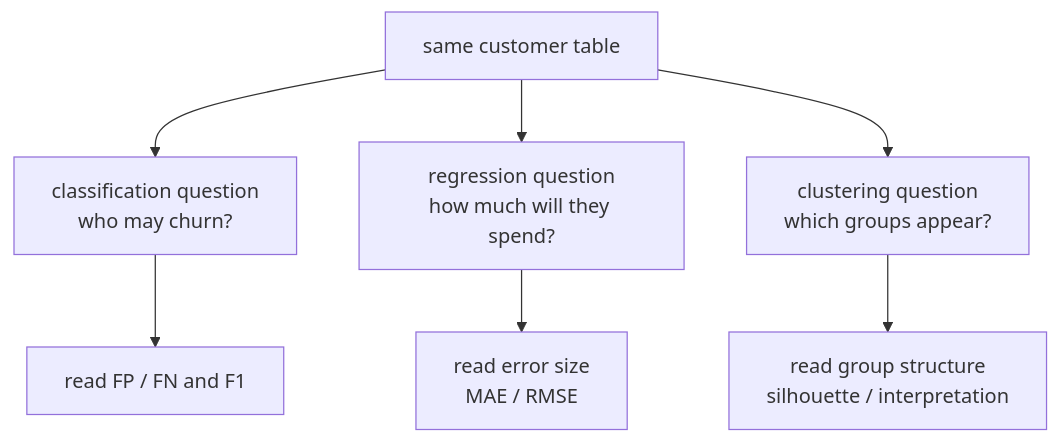
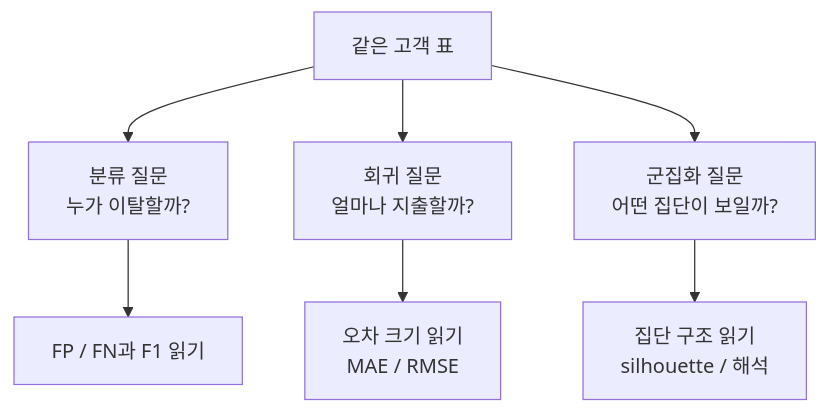
One commit to devchan64/AiBook changed the third of 3 diagrams in docs/parts/part-04/chapter-06/section-02.md. Above: the diagram before and after it, drawn with Mermaid. The commit also changed other lines of this file and 72 other files, not shown here.

````diff
--- a/docs/parts/part-04/chapter-06/section-02.md
+++ b/docs/parts/part-04/chapter-06/section-02.md
@@ -340,17 +340,17 @@
 ```mermaid
 flowchart TD
-  A["same customer table"]
-  B["classification question<br/>who may churn?"]
-  C["regression question<br/>how much will they spend?"]
-  D["clustering question<br/>which groups appear?"]
-  E["read FP / FN and F1"]
-  F["read error size<br/>MAE / RMSE"]
-  G["read group structure<br/>silhouette / interpretation"]
+  A["같은 고객 표"]
+  B["분류 질문<br/>누가 이탈할까?"]
+  C["회귀 질문<br/>얼마나 지출할까?"]
+  D["군집화 질문<br/>어떤 집단이 보일까?"]
+  E["FP / FN과 F1 읽기"]
+  F["오차 크기 읽기<br/>MAE / RMSE"]
+  G["집단 구조 읽기<br/>silhouette / 해석"]
 
   A --> B
   A --> C
   A --> D
   B --> E
   C --> F
   D --> G
 ```
````
